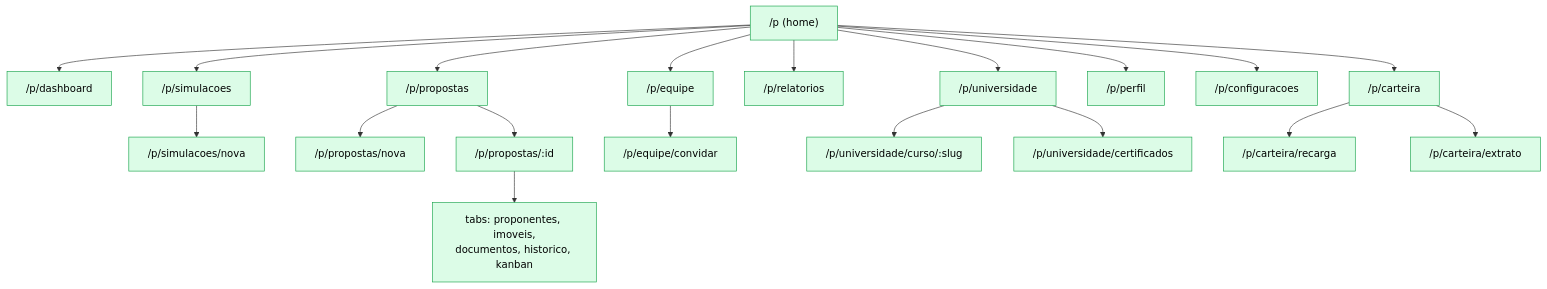
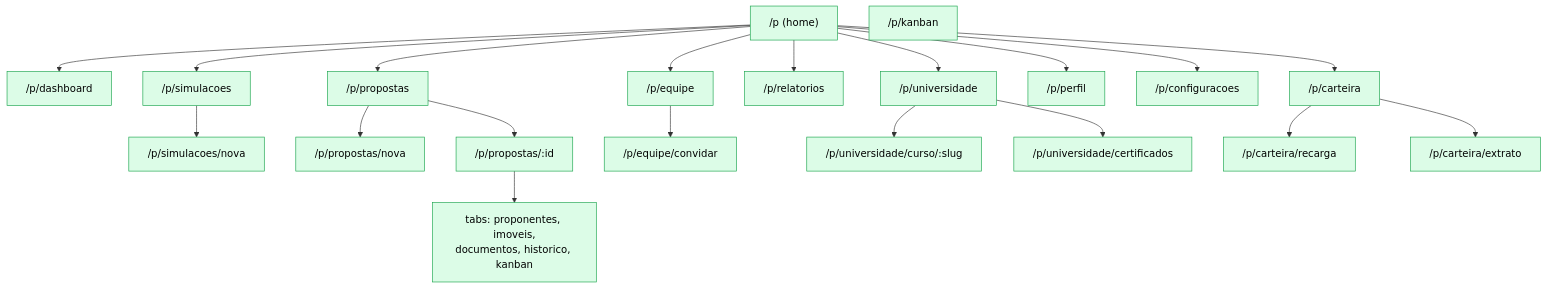
One commit to bonacciniWd/mercurio-capital changed the fifth of 28 diagrams in docs/design/10-blueprint-visual.md. Above: the diagram before and after it, drawn with Mermaid. The commit also changed other lines of this file and 39 other files, not shown here.

````diff
--- a/docs/design/10-blueprint-visual.md
+++ b/docs/design/10-blueprint-visual.md
@@ -193,36 +193,37 @@
 ```mermaid
 flowchart TB
   classDef par fill:#dcfce7,stroke:#16a34a,color:#000
   P0["/p (home)"]:::par
   P1["/p/dashboard"]:::par
   P2["/p/simulacoes"]:::par
   P2b["/p/simulacoes/nova"]:::par
   P3["/p/propostas"]:::par
+  PK["/p/kanban"]:::par
   P3b["/p/propostas/nova"]:::par
   P3c["/p/propostas/:id"]:::par
   P3d["tabs: proponentes, imoveis,<br/>documentos, historico, kanban"]:::par
   P4["/p/equipe"]:::par
   P4b["/p/equipe/convidar"]:::par
   P5["/p/relatorios"]:::par
   P6["/p/universidade"]:::par
   P6b["/p/universidade/curso/:slug"]:::par
   P6c["/p/universidade/certificados"]:::par
   P7["/p/perfil"]:::par
   P8["/p/configuracoes"]:::par
   PW["/p/carteira"]:::par
   PWr["/p/carteira/recarga"]:::par
   PWe["/p/carteira/extrato"]:::par
 
   P0 --> P1
   P0 --> P2 --> P2b
   P0 --> P3 --> P3b
   P3 --> P3c --> P3d
   P0 --> P4 --> P4b
   P0 --> P5
   P0 --> P6 --> P6b
   P6 --> P6c
   P0 --> PW --> PWr
   PW --> PWe
   P0 --> P7
   P0 --> P8
 ```
````
